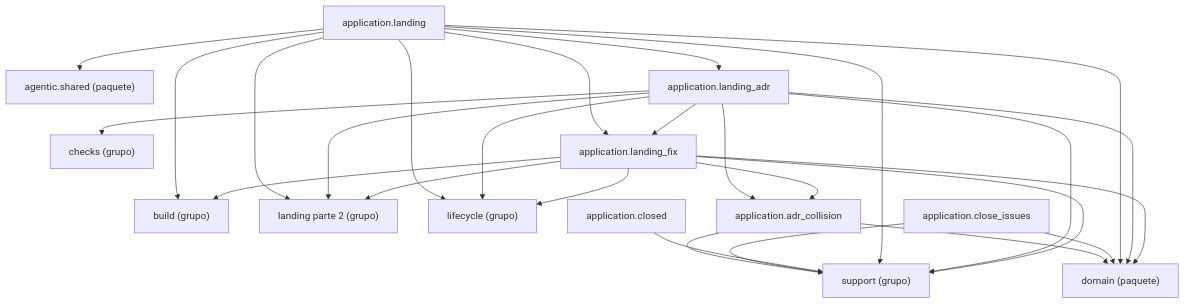
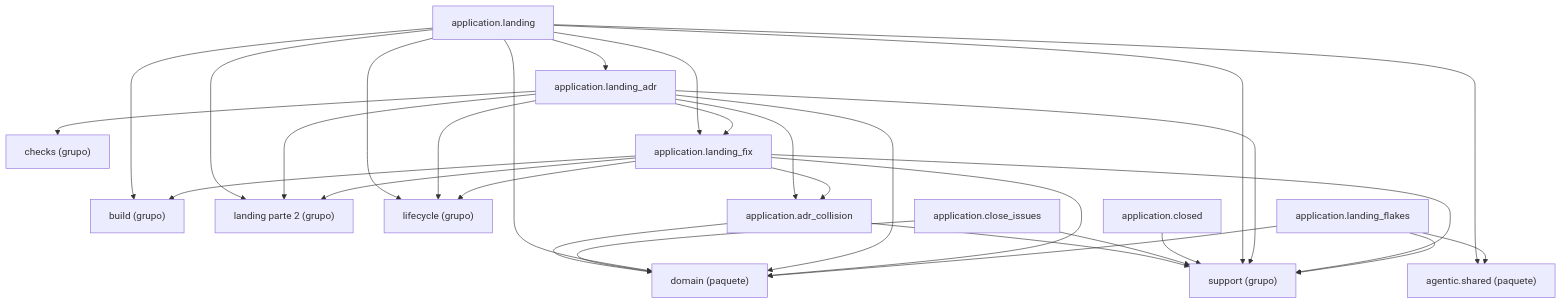
The diagram in docs/architecture/generated/packages-process-application-landing-1.md (GonzaloZevallos/agentic-system), drawn with Mermaid before and after one commit. The commit also changed 6 other files, not shown here.

Commit message:
Merge master into GH-689; place application.tracker_items in the landing cluster now that reflection is full

````diff
--- a/docs/architecture/generated/packages-process-application-landing-1.md
+++ b/docs/architecture/generated/packages-process-application-landing-1.md
@@ -16,42 +16,46 @@
 ```mermaid
 graph TD
     g_application__build["build (grupo)"]
     g_application__checks["checks (grupo)"]
     g_application__landing__2["landing parte 2 (grupo)"]
     g_application__lifecycle["lifecycle (grupo)"]
     g_application__support["support (grupo)"]
     g_pkg__agentic__shared["agentic.shared (paquete)"]
     g_pkg__domain["domain (paquete)"]
     m_application__adr_collision["application.adr_collision"]
     m_application__close_issues["application.close_issues"]
     m_application__closed["application.closed"]
     m_application__landing["application.landing"]
     m_application__landing_adr["application.landing_adr"]
     m_application__landing_fix["application.landing_fix"]
+    m_application__landing_flakes["application.landing_flakes"]
     m_application__adr_collision --> g_application__support
     m_application__adr_collision --> g_pkg__domain
     m_application__close_issues --> g_application__support
     m_application__close_issues --> g_pkg__domain
     m_application__closed --> g_application__support
     m_application__landing --> g_application__build
     m_application__landing --> g_application__landing__2
     m_application__landing --> g_application__lifecycle
     m_application__landing --> g_application__support
     m_application__landing --> g_pkg__agentic__shared
     m_application__landing --> g_pkg__domain
     m_application__landing --> m_application__landing_adr
     m_application__landing --> m_application__landing_fix
     m_application__landing_adr --> g_application__checks
     m_application__landing_adr --> g_application__landing__2
     m_application__landing_adr --> g_application__lifecycle
     m_application__landing_adr --> g_application__support
     m_application__landing_adr --> g_pkg__domain
     m_application__landing_adr --> m_application__adr_collision
     m_application__landing_adr --> m_application__landing_fix
     m_application__landing_fix --> g_application__build
     m_application__landing_fix --> g_application__landing__2
     m_application__landing_fix --> g_application__lifecycle
     m_application__landing_fix --> g_application__support
     m_application__landing_fix --> g_pkg__domain
     m_application__landing_fix --> m_application__adr_collision
+    m_application__landing_flakes --> g_application__support
+    m_application__landing_flakes --> g_pkg__agentic__shared
+    m_application__landing_flakes --> g_pkg__domain
 ```
````
